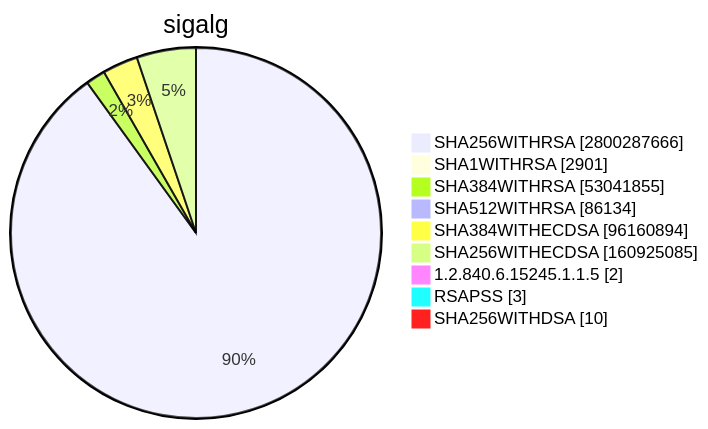
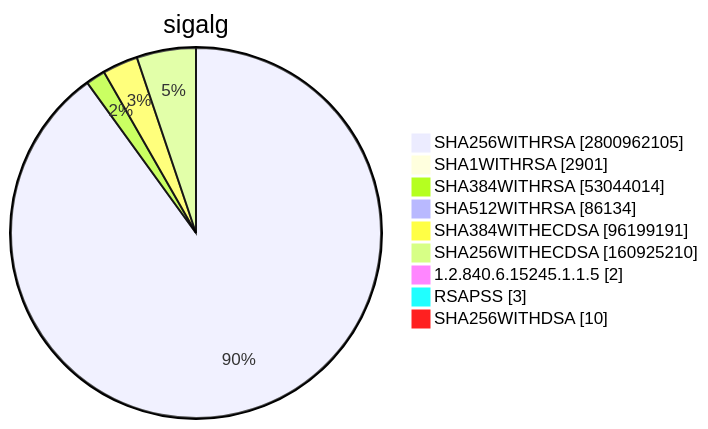
Diagram 15 of 15 in TOTAL/README.md (christiankrug/ctmonitor_visualization), drawn with Mermaid before and after one commit. The commit also changed other lines of this file, not shown here.

````diff
--- a/TOTAL/README.md
+++ b/TOTAL/README.md
@@ -6207,13 +6207,13 @@
 ```mermaid
 pie showData
 title sigalg
-"SHA256WITHRSA" :2800287666
+"SHA256WITHRSA" :2800962105
 "SHA1WITHRSA" :2901
-"SHA384WITHRSA" :53041855
+"SHA384WITHRSA" :53044014
 "SHA512WITHRSA" :86134
-"SHA384WITHECDSA" :96160894
-"SHA256WITHECDSA" :160925085
+"SHA384WITHECDSA" :96199191
+"SHA256WITHECDSA" :160925210
 "1.2.840.6.15245.1.1.5" :2
 "RSAPSS" :3
 "SHA256WITHDSA" :10
 ```
````
